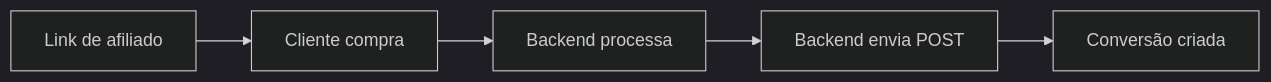
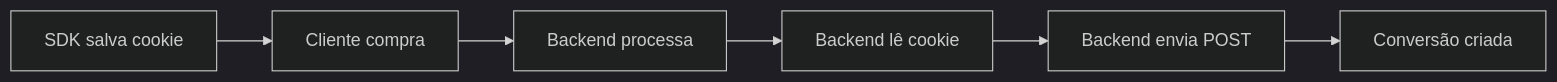
Before and after one commit to bgabraga2/affiliatus-docs: the fifth of 5 diagrams in integrations/introduction.mdx, drawn with Mermaid (dark theme). The commit also changed other lines of this file and 8 other files, not shown here.

````diff
--- a/integrations/introduction.mdx
+++ b/integrations/introduction.mdx
@@ -150,7 +190,8 @@
 ```mermaid
 graph LR
-    A[Link de afiliado] --> B[Cliente compra]
+    A[SDK salva cookie] --> B[Cliente compra]
     B --> C[Backend processa]
-    C --> D[Backend envia POST]
-    D --> E[Conversão criada]
+    C --> D[Backend lê cookie]
+    D --> E[Backend envia POST]
+    E --> F[Conversão criada]
 ```
````
